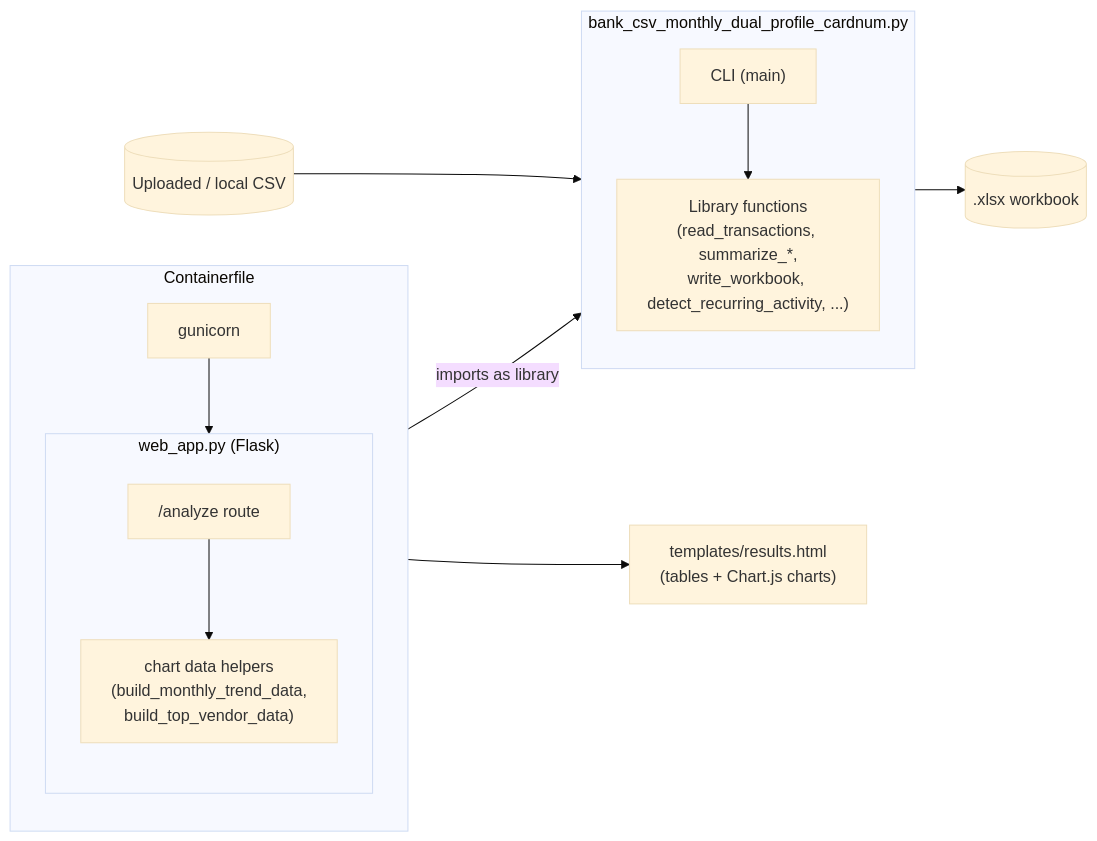
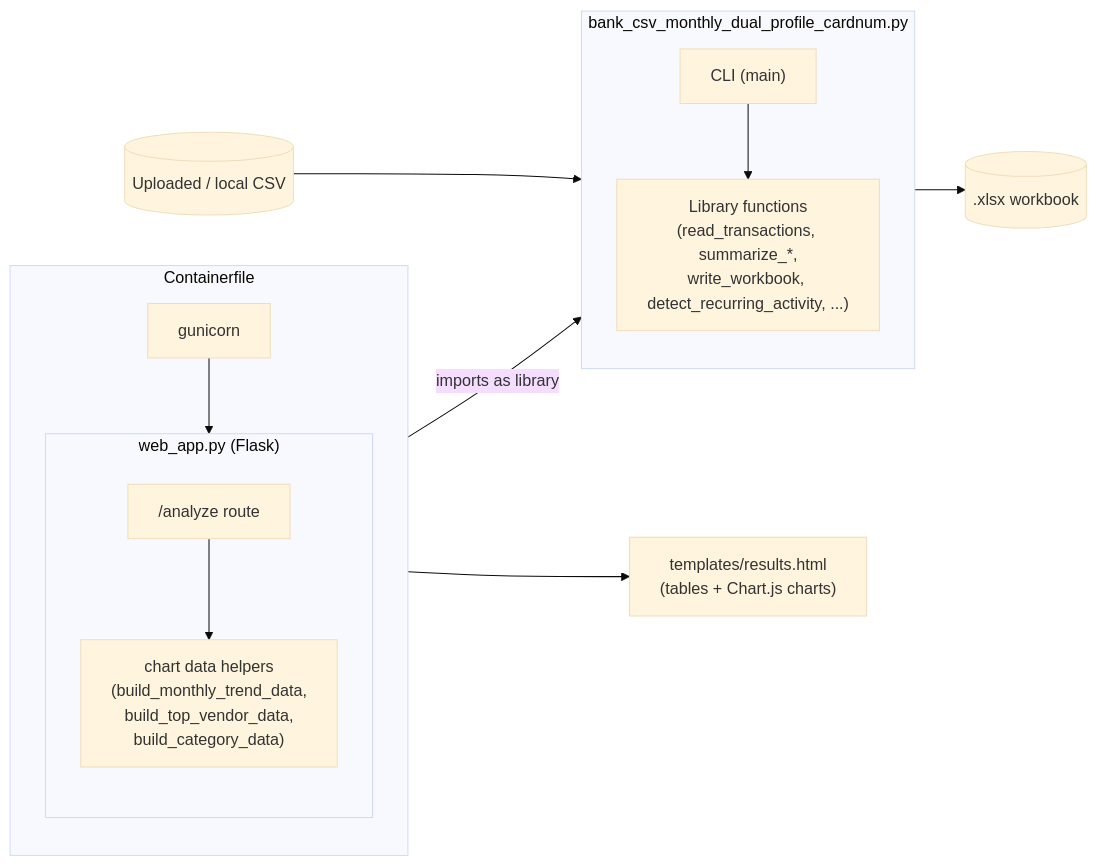
Before and after one commit to yurifleon/bankanalyzer: the diagram in ARCHITECTURE.md, drawn with Mermaid (base theme). The commit also changed other lines of this file and 6 other files, not shown here.

````diff
--- a/ARCHITECTURE.md
+++ b/ARCHITECTURE.md
@@ -9,26 +9,26 @@
 ```mermaid
 flowchart LR
     subgraph Core["bank_csv_monthly_dual_profile_cardnum.py"]
         direction TB
         A["CLI (main)"]
         L["Library functions\n(read_transactions, summarize_*,\nwrite_workbook, detect_recurring_activity, ...)"]
         A --> L
     end
 
     subgraph Web["web_app.py (Flask)"]
         direction TB
         R["/analyze route"]
-        H["chart data helpers\n(build_monthly_trend_data,\nbuild_top_vendor_data)"]
+        H["chart data helpers\n(build_monthly_trend_data,\nbuild_top_vendor_data,\nbuild_category_data)"]
         R --> H
     end
 
     CSV[("Uploaded / local CSV")] --> L
     L --> XL[(".xlsx workbook")]
     R -->|imports as library| L
     H --> T["templates/results.html\n(tables + Chart.js charts)"]
 
     subgraph Container["Containerfile"]
         direction TB
         G["gunicorn"] --> Web
     end
 ```
````
